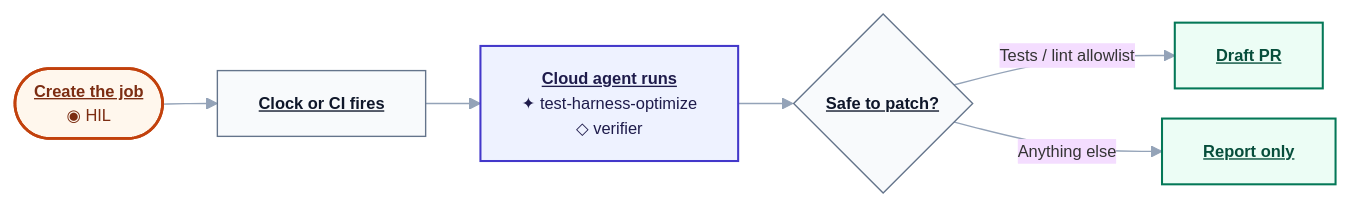
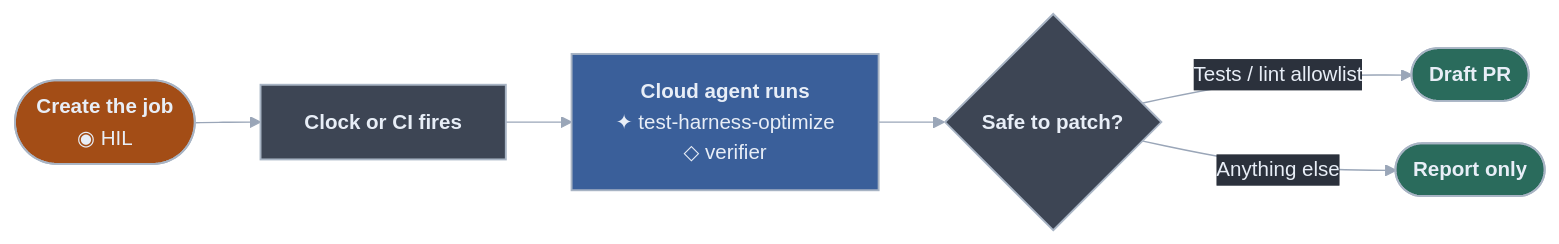
The ninth of 14 diagrams in README.md (RaphaelBecker/cursor-harness), drawn with Mermaid before and after one commit. The commit also changed other lines of this file and 12 other files, not shown here.

````diff
--- a/README.md
+++ b/README.md
@@ -522,23 +512,23 @@
 ```mermaid
-%%{init: {"theme":"base","themeVariables":{"fontFamily":"ui-sans-serif,system-ui,sans-serif","fontSize":"12px","lineColor":"#94a3b8"},"flowchart":{"curve":"basis","htmlLabels":true,"nodeSpacing":22,"rankSpacing":40}}}%%
+%%{init: {"theme":"base","themeVariables":{"darkMode":true,"fontFamily":"ui-sans-serif, system-ui, -apple-system, Segoe UI, sans-serif","fontSize":"15px","background":"#2B313C","lineColor":"#9AA6B8","textColor":"#9AA6B8","primaryTextColor":"#E8EEF7","edgeLabelBackground":"#2B313C"},"flowchart":{"curve":"basis","htmlLabels":true,"nodeSpacing":31,"rankSpacing":48,"padding":16,"useMaxWidth":true}}}%%
 flowchart LR
-  A(["<b><u>Create the job</u></b><br/>◉ HIL"])
-  B["<b><u>Clock or CI fires</u></b>"]
-  C["<b><u>Cloud agent runs</u></b><br/>✦ test-harness-optimize<br/>◇ verifier"]
-  D{"<b><u>Safe to patch?</u></b>"}
-  E["<b><u>Draft PR</u></b>"]
-  F["<b><u>Report only</u></b>"]
+  A(["<b>Create the job</b><br/>◉ HIL"])
+  B["<b>Clock or CI fires</b>"]
+  C["<b>Cloud agent runs</b><br/>✦ test-harness-optimize<br/>◇ verifier"]
+  D{"<b>Safe to patch?</b>"}
+  E(["<b>Draft PR</b>"])
+  F(["<b>Report only</b>"])
 
   A --> B --> C --> D
   D -->|Tests / lint allowlist| E
   D -->|Anything else| F
 
-  classDef skill fill:#eef2ff,stroke:#4338ca,stroke-width:1.5px,color:#1e1b4b
-  classDef hil fill:#fff7ed,stroke:#c2410c,stroke-width:2px,color:#7c2d12
-  classDef you fill:#f8fafc,stroke:#64748b,color:#0f172a
-  classDef done fill:#ecfdf5,stroke:#047857,stroke-width:1.5px,color:#064e3b
+  classDef skill fill:#3A5F9A,stroke:#A8B4C4,stroke-width:1.4px,color:#E8EEF7
+  classDef hil fill:#A34D16,stroke:#A8B4C4,stroke-width:1.4px,color:#E8EEF7
+  classDef you fill:#3D4554,stroke:#A8B4C4,stroke-width:1.4px,color:#E8EEF7
+  classDef done fill:#2A6B5C,stroke:#A8B4C4,stroke-width:1.4px,color:#E8EEF7
   class A hil
   class B,D you
   class C skill
   class E,F done
 ```
````
